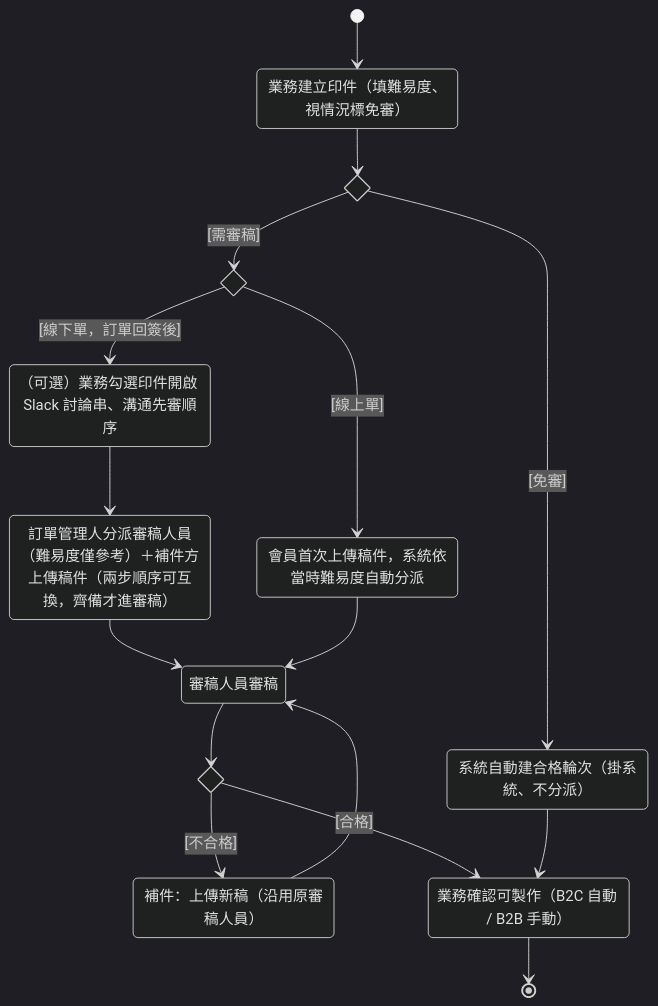
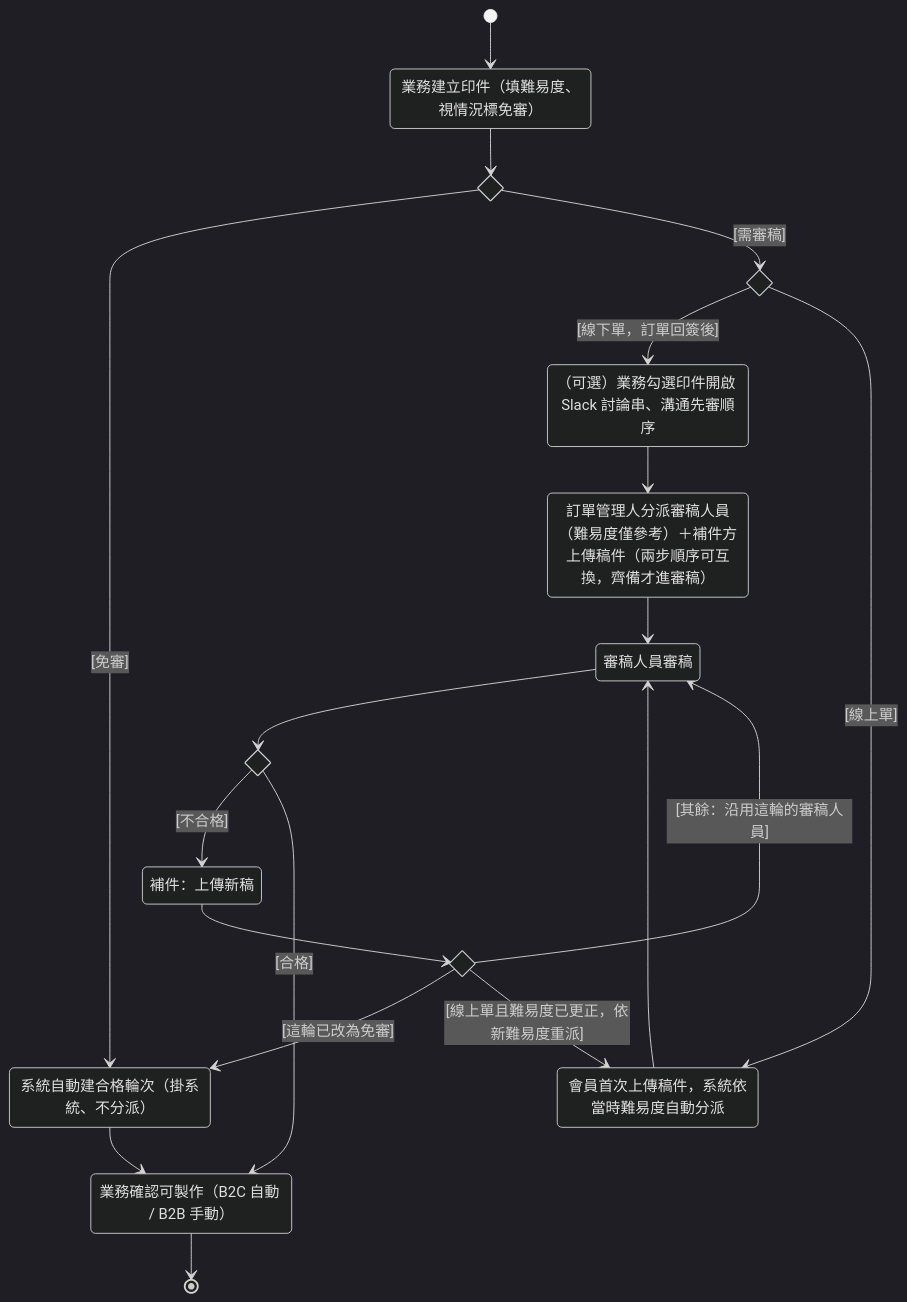
The diagram in memory/Sens_wiki/wiki/erp/07-scenarios/印件審稿.md (Kawato-Miles/erp-spec), drawn with Mermaid (dark theme) before and after one commit. The commit also changed other lines of this file and 16 other files, not shown here.

````diff
--- a/memory/Sens_wiki/wiki/erp/07-scenarios/印件審稿.md
+++ b/memory/Sens_wiki/wiki/erp/07-scenarios/印件審稿.md
@@ -42,32 +42,36 @@
 ```mermaid
 stateDiagram-v2
     direction TB
 
     state "業務建立印件（填難易度、視情況標免審）" as a_create
     state if_exempt <<choice>>
     state "系統自動建合格輪次（掛系統、不分派）" as a_autopass
     state if_source <<choice>>
     state "（可選）業務勾選印件開啟 Slack 討論串、溝通先審順序" as a_discuss
     state "訂單管理人分派審稿人員（難易度僅參考）＋補件方上傳稿件（兩步順序可互換，齊備才進審稿）" as a_offline
     state "會員首次上傳稿件，系統依當時難易度自動分派" as a_online
     state "審稿人員審稿" as a_review
     state if_result <<choice>>
-    state "補件：上傳新稿（沿用原審稿人員）" as a_resub
+    state "補件：上傳新稿" as a_resub
+    state if_recheck <<choice>>
     state "業務確認可製作（B2C 自動 / B2B 手動）" as a_confirm
 
     [*] --> a_create
     a_create --> if_exempt
     if_exempt --> a_autopass : [免審]
     if_exempt --> if_source : [需審稿]
     if_source --> a_discuss : [線下單，訂單回簽後]
     a_discuss --> a_offline
     if_source --> a_online : [線上單]
     a_offline --> a_review
     a_online --> a_review
     a_review --> if_result
     if_result --> a_resub : [不合格]
-    a_resub --> a_review
+    a_resub --> if_recheck
+    if_recheck --> a_autopass : [這輪已改為免審]
+    if_recheck --> a_online : [線上單且難易度已更正，依新難易度重派]
+    if_recheck --> a_review : [其餘：沿用這輪的審稿人員]
     if_result --> a_confirm : [合格]
     a_autopass --> a_confirm
     a_confirm --> [*]
 ```
````
